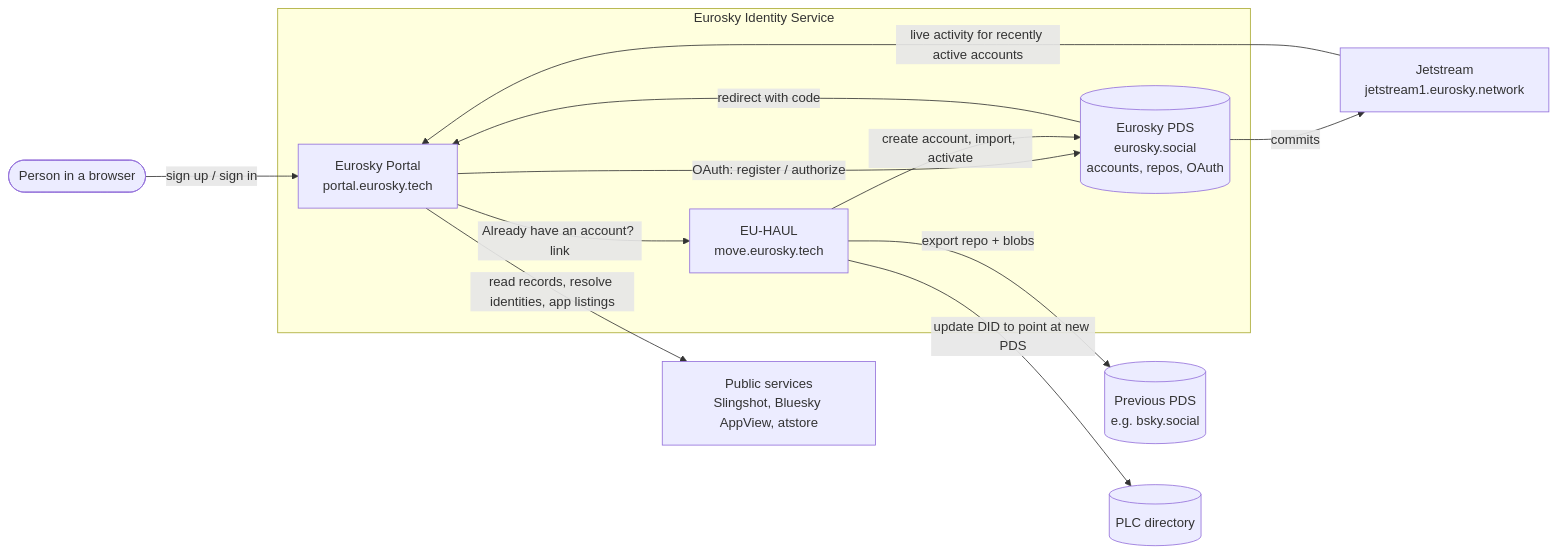
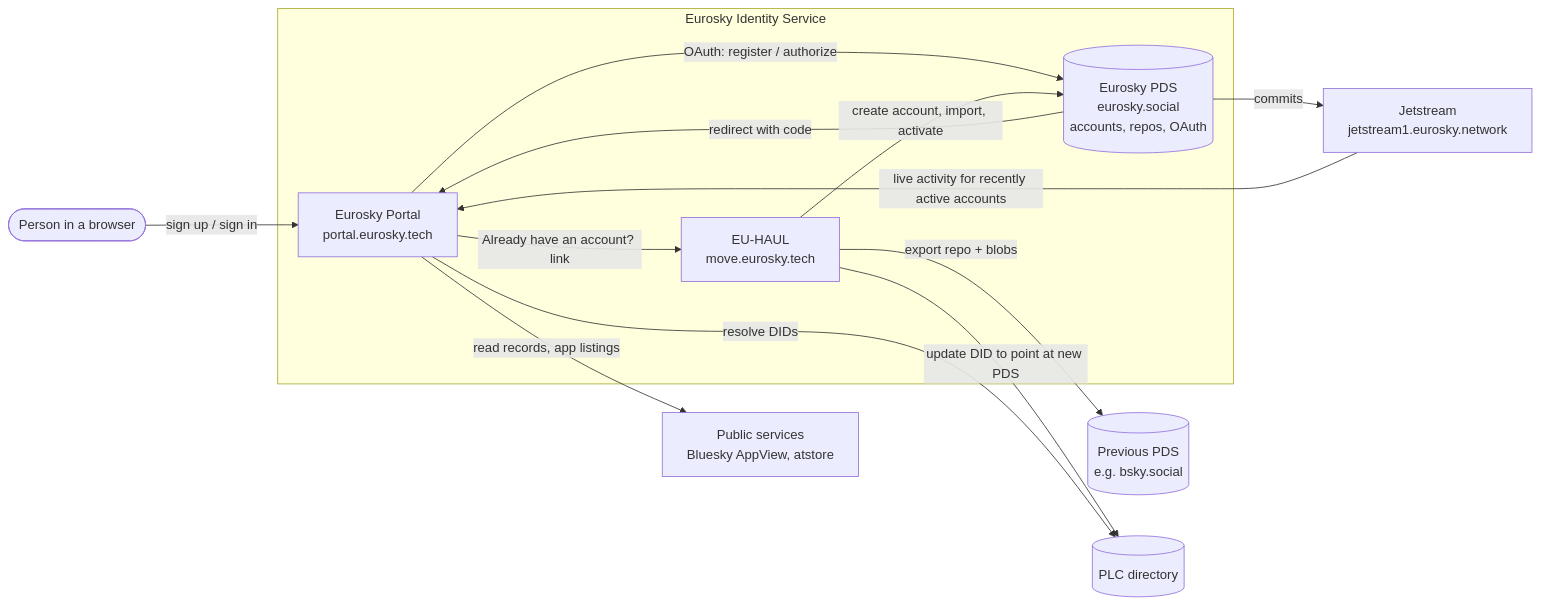
Before and after one commit to eurosky-social/eurosky-portal: the diagram in README.md, drawn with Mermaid. The commit also changed other lines of this file and 17 other files, not shown here.

````diff
--- a/README.md
+++ b/README.md
@@ -23,26 +23,27 @@
 ```mermaid
 flowchart LR
     user([Person in a browser])
 
     subgraph identity[Eurosky Identity Service]
         portal[Eurosky Portal<br/>portal.eurosky.tech]
         pds[(Eurosky PDS<br/>eurosky.social<br/>accounts, repos, OAuth)]
         haul[EU-HAUL<br/>move.eurosky.tech]
     end
 
     oldpds[(Previous PDS<br/>e.g. bsky.social)]
     plc[(PLC directory)]
     jet[Jetstream<br/>jetstream1.eurosky.network]
-    ext[Public services<br/>Slingshot, Bluesky AppView, atstore]
+    ext[Public services<br/>Bluesky AppView, atstore]
 
     user -->|sign up / sign in| portal
     portal -->|OAuth: register / authorize| pds
     pds -->|redirect with code| portal
     portal -->|"Already have an account?" link| haul
     haul -->|export repo + blobs| oldpds
     haul -->|create account, import, activate| pds
     haul -->|update DID to point at new PDS| plc
     pds -->|commits| jet
     jet -->|live activity for recently active accounts| portal
-    portal -->|read records, resolve identities, app listings| ext
+    portal -->|resolve DIDs| plc
+    portal -->|read records, app listings| ext
 ```
````
